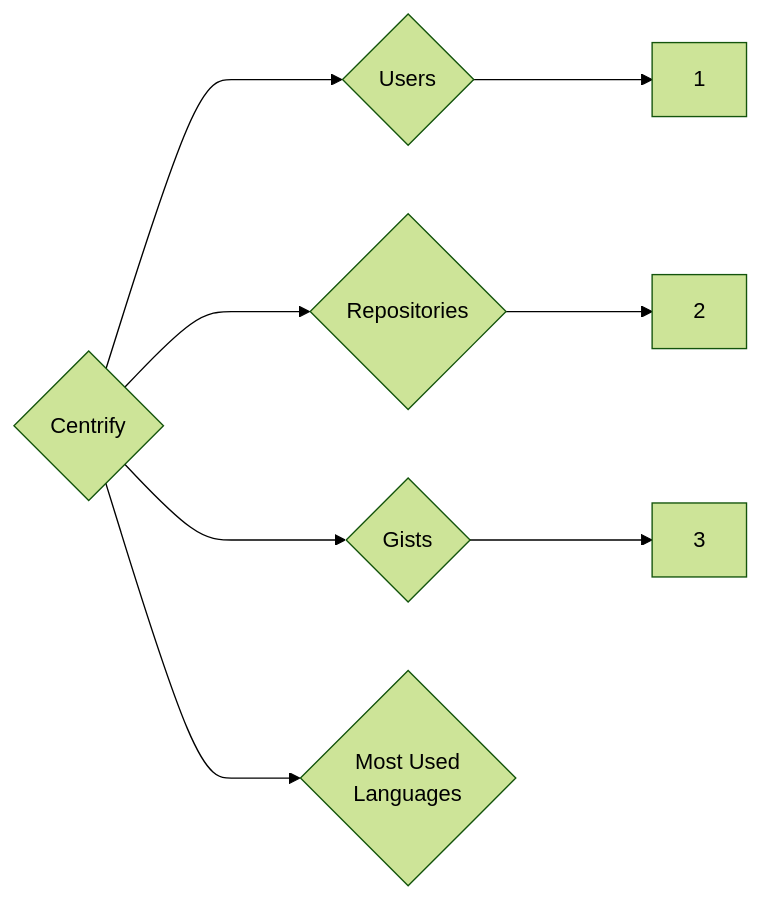
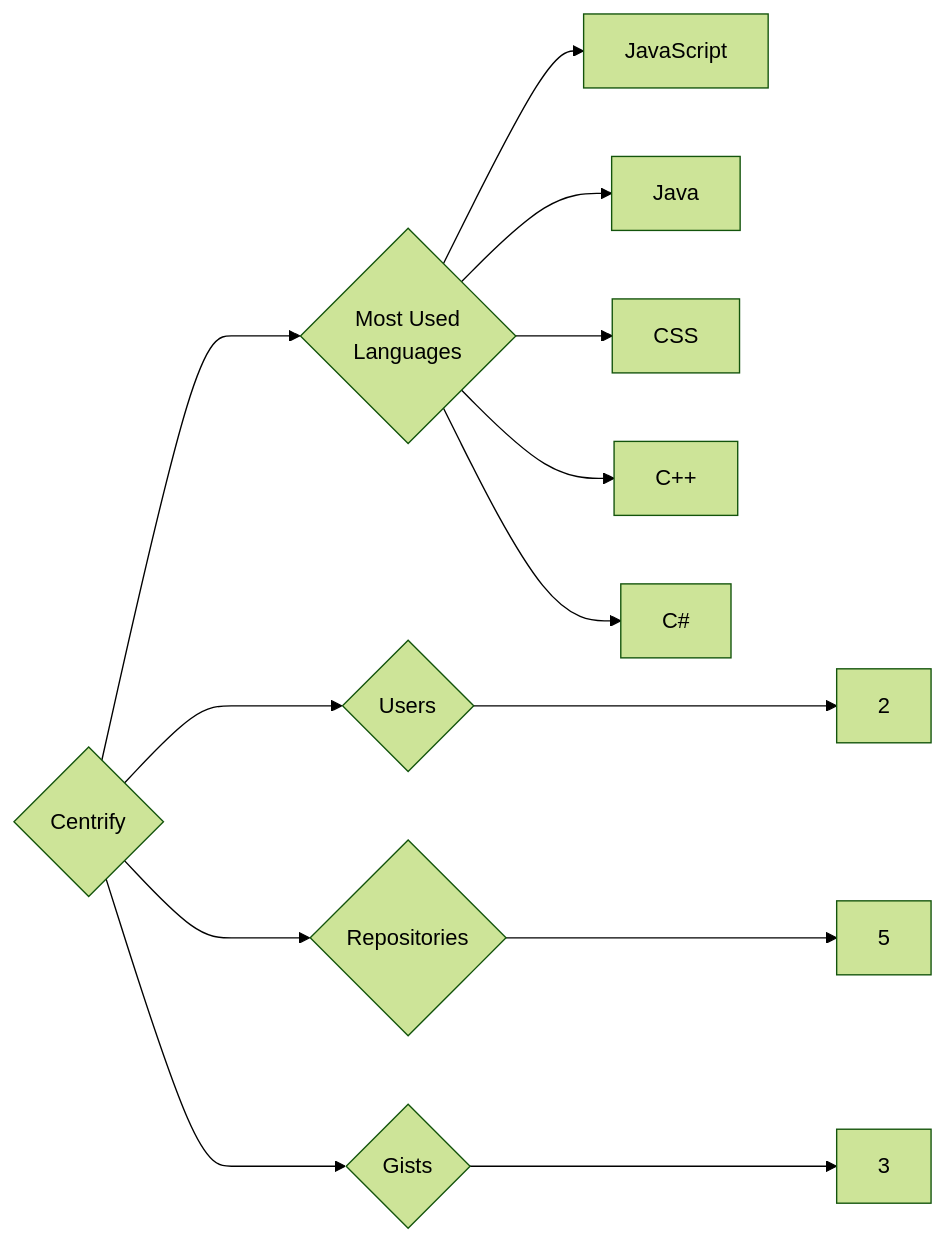
The diagram in targets/Centrify/README.md (trickest/insiders), drawn with Mermaid (forest theme) before and after one commit. The commit also changed 721 other files, not shown here.

````diff
--- a/targets/Centrify/README.md
+++ b/targets/Centrify/README.md
@@ -3,8 +3,13 @@
 ```mermaid
 graph LR
 COMPANY_NAME{Centrify}
-COMPANY_NAME ---> U{Users} ---> UN[1]
-COMPANY_NAME ---> R{Repositories} ---> RN[2]
+COMPANY_NAME ---> U{Users} ---> UN[2]
+COMPANY_NAME ---> R{Repositories} ---> RN[5]
 COMPANY_NAME ---> G{Gists} ---> GN[3]
 COMPANY_NAME ---> ML{Most Used<br>Languages}
+ML --> JavaScript[JavaScript]
+ML --> Java[Java]
+ML --> CSS[CSS]
+ML --> C++[C++]
+ML --> C#[C#]
 ```
````
